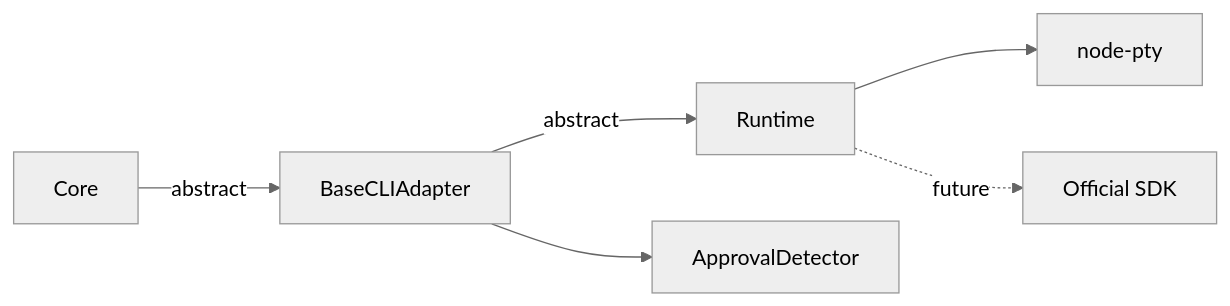
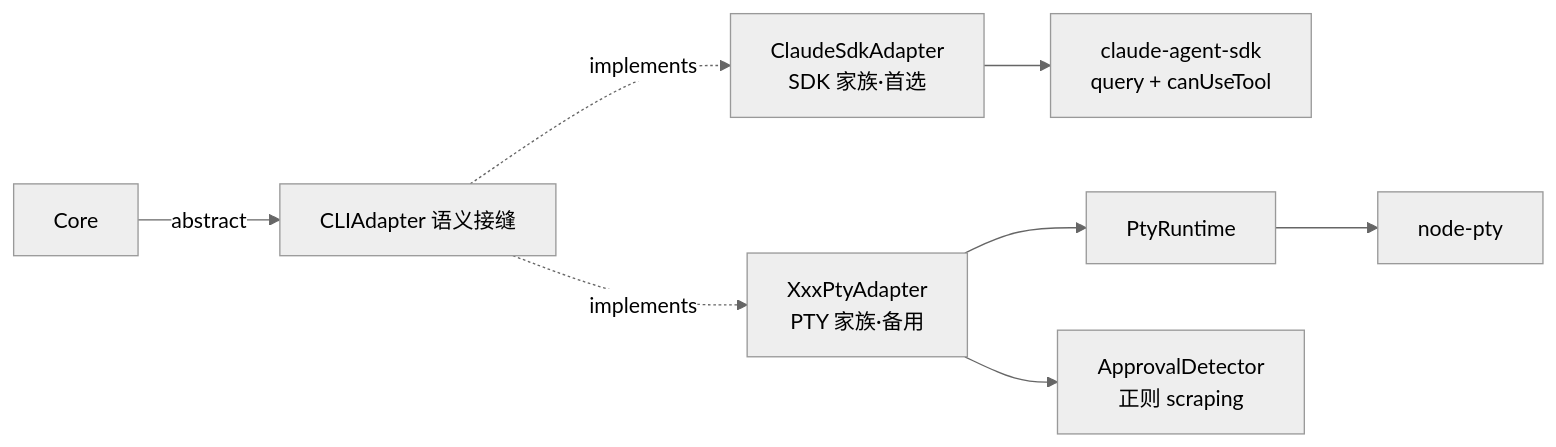
The third of 15 diagrams in docs/02-Architecture.md (ygq-future/ai-cli-hub), drawn with Mermaid (neutral theme) before and after one commit. The commit also changed other lines of this file and 7 other files, not shown here.

First line of the commit message:
docs(D11): CLIAdapter 语义接缝 + Claude 走 Agent SDK,PTY 降为备用

````diff
--- a/docs/02-Architecture.md
+++ b/docs/02-Architecture.md
@@ -191,8 +200,10 @@
 ```mermaid
 flowchart LR
-    Core -->|abstract| Adapter[BaseCLIAdapter]
-    Adapter -->|abstract| Runtime[Runtime]
+    Core -->|abstract| Adapter[CLIAdapter 语义接缝]
+    Adapter -.implements.-> SdkA[ClaudeSdkAdapter<br/>SDK 家族·首选]
+    Adapter -.implements.-> PtyA[XxxPtyAdapter<br/>PTY 家族·备用]
+    SdkA --> SDK[claude-agent-sdk<br/>query + canUseTool]
+    PtyA --> Runtime[PtyRuntime]
+    PtyA --> Detector[ApprovalDetector<br/>正则 scraping]
     Runtime --> pty[node-pty]
-    Runtime -.future.-> sdk[Official SDK]
-    Adapter --> Detector[ApprovalDetector]
 ```
````
